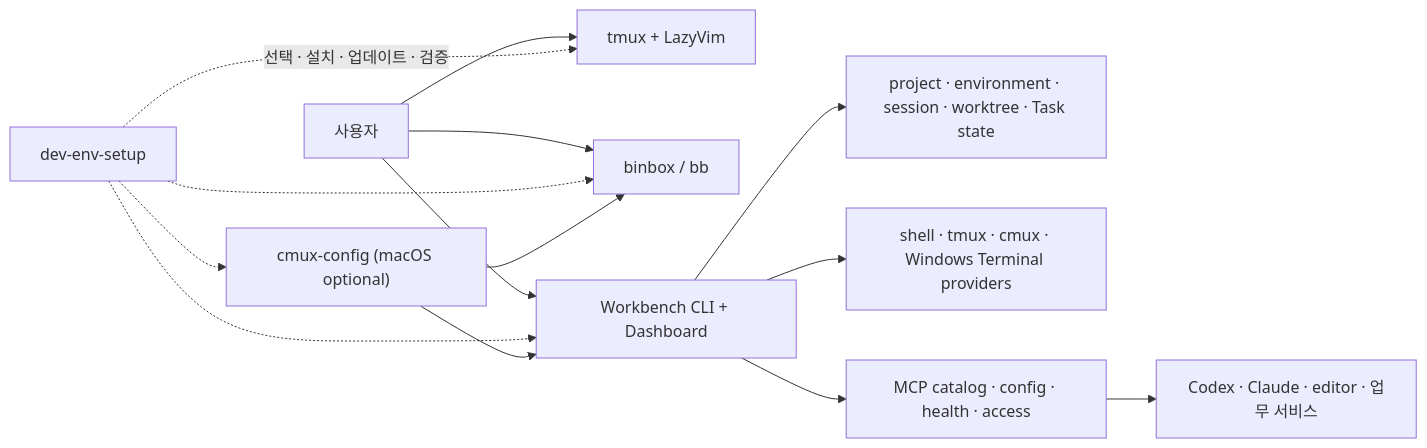
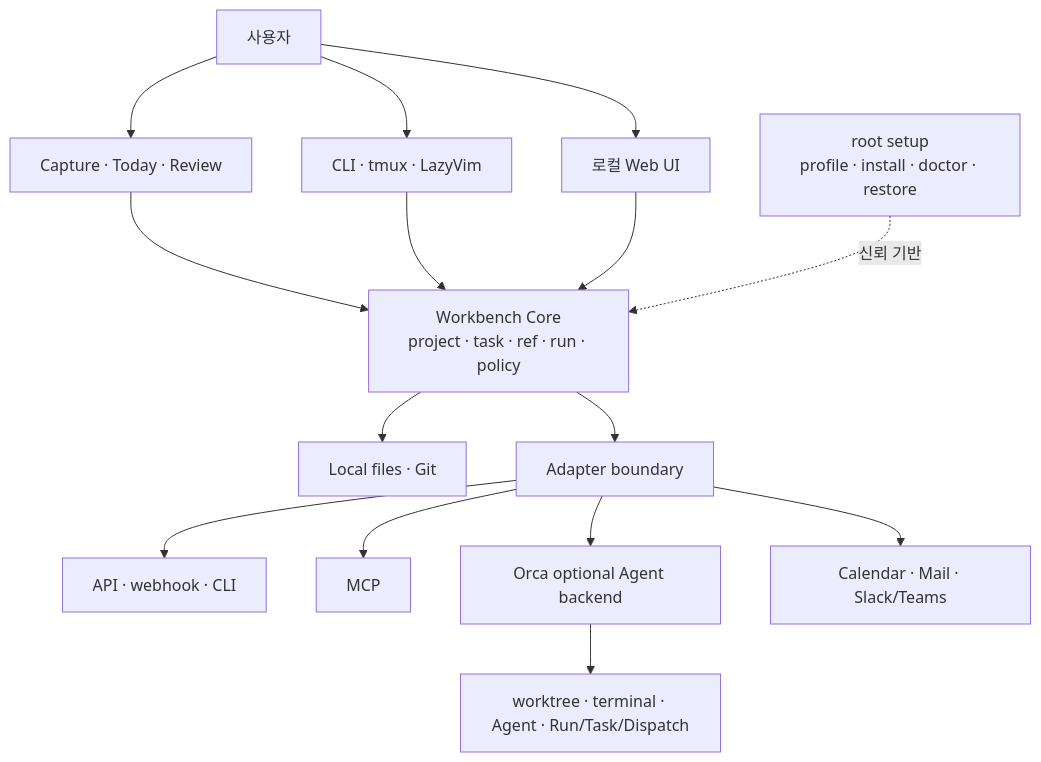
Before and after one commit to jisung9870/dev-env-setup: the diagram in plan/PRODUCT-PLAN.md, drawn with Mermaid. The commit also changed other lines of this file and 12 other files, not shown here.

````diff
--- a/plan/PRODUCT-PLAN.md
+++ b/plan/PRODUCT-PLAN.md
@@ -119,16 +136,17 @@
 ```mermaid
-flowchart LR
-    U["사용자"] --> T["tmux + LazyVim"]
-    U --> B["binbox / bb"]
-    U --> W["Workbench CLI + Dashboard"]
-    R["dev-env-setup"] -. "선택 · 설치 · 업데이트 · 검증" .-> T
-    R -.-> B
-    R -.-> W
-    R -.-> C["cmux-config (macOS optional)"]
-    W --> S["project · environment · session · worktree · Task state"]
-    W --> P["shell · tmux · cmux · Windows Terminal providers"]
-    W --> M["MCP catalog · config · health · access"]
-    M --> A["Codex · Claude · editor · 업무 서비스"]
-    C --> B
-    C --> W
+flowchart TB
+    U["사용자"] --> C["Capture · Today · Review"]
+    U --> X["CLI · tmux · LazyVim"]
+    U --> UI["로컬 Web UI"]
+    C --> CORE["Workbench Core\nproject · task · ref · run · policy"]
+    X --> CORE
+    UI --> CORE
+    SETUP["root setup\nprofile · install · doctor · restore"] -. "신뢰 기반" .-> CORE
+    CORE --> FS["Local files · Git"]
+    CORE --> AD["Adapter boundary"]
+    AD --> API["API · webhook · CLI"]
+    AD --> MCP["MCP"]
+    AD --> ORCA["Orca optional Agent backend"]
+    AD --> OTHER["Calendar · Mail · Slack/Teams"]
+    ORCA --> AG["worktree · terminal · Agent · Run/Task/Dispatch"]
 ```
````
